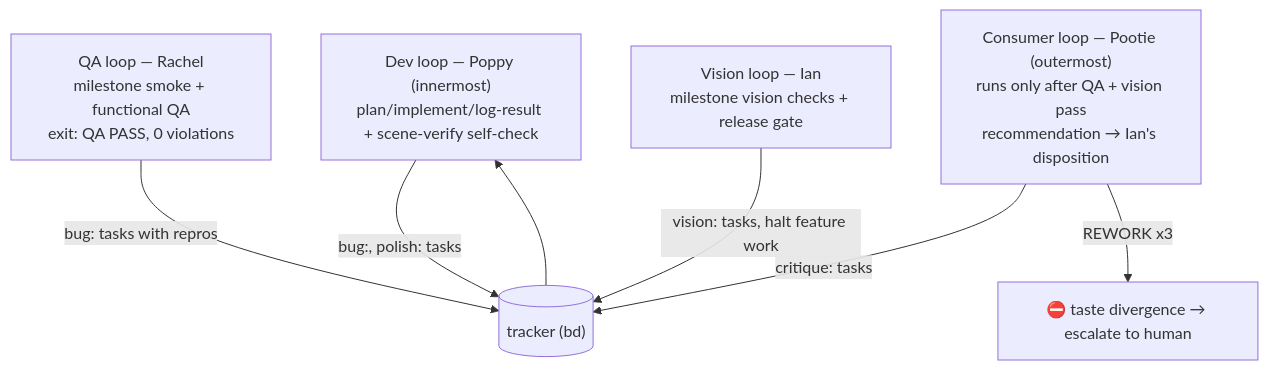
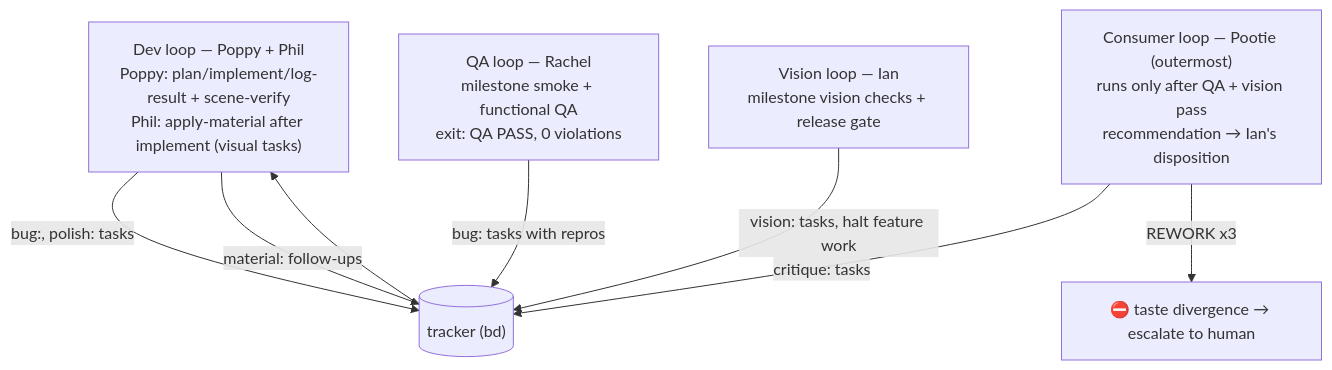
Before and after one commit to mcanevet/MythicQuest: the diagram in agents/build.md, drawn with Mermaid. The commit also changed other lines of this file and 6 other files, not shown here.

````diff
--- a/agents/build.md
+++ b/agents/build.md
@@ -84,13 +89,14 @@
 ```mermaid
 flowchart TB
-    Dev["Dev loop — Poppy (innermost)<br/>plan/implement/log-result + scene-verify self-check"]
+    Dev["Dev loop — Poppy + Phil<br/>Poppy: plan/implement/log-result + scene-verify<br/>Phil: apply-material after implement (visual tasks)"]
     Dev -->|"bug:, polish: tasks"| Queue[("tracker (bd)")]
+    Dev -->|"material: follow-ups"| Queue
     QA["QA loop — Rachel<br/>milestone smoke + functional QA<br/>exit: QA PASS, 0 violations"]
     QA -->|"bug: tasks with repros"| Queue
     Vision["Vision loop — Ian<br/>milestone vision checks + release gate"]
     Vision -->|"vision: tasks, halt feature work"| Queue
     Consumer["Consumer loop — Pootie (outermost)<br/>runs only after QA + vision pass<br/>recommendation → Ian's disposition"]
     Consumer -->|"critique: tasks"| Queue
     Consumer -->|"REWORK x3"| Human["⛔ taste divergence → escalate to human"]
     Queue --> Dev
 ```
````
